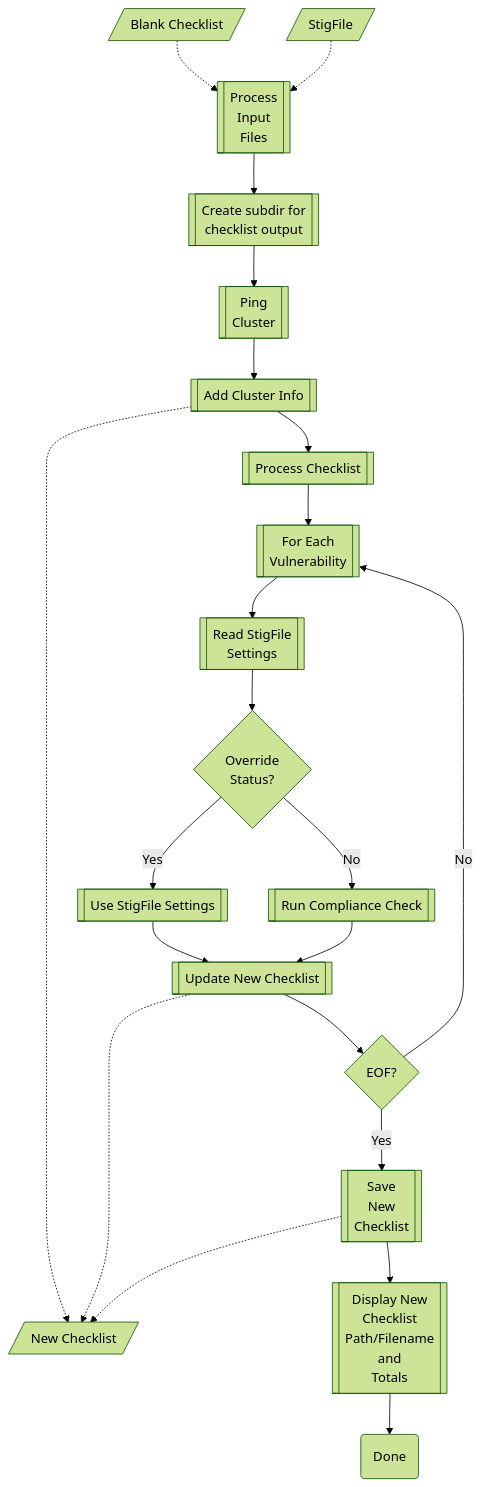
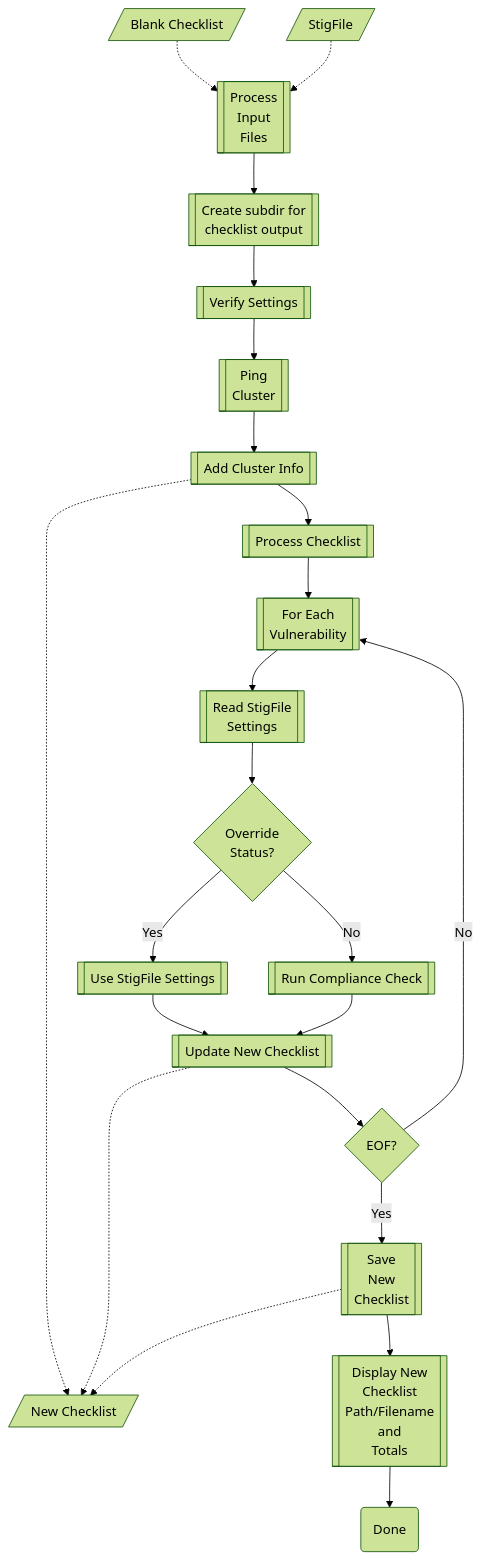
Before and after one commit to johncchampion/ontap_stig: the second of 2 diagrams in README.md, drawn with Mermaid (forest theme). The commit also changed other lines of this file, not shown here.

Commit message:
Updated workflow and flowchart for stig.ps1

````diff
--- a/README.md
+++ b/README.md
@@ -147,36 +148,37 @@
 ```mermaid
 
 flowchart TB
 V0[/Blank Checklist/]
 V1[/StigFile/]
 V2[/New Checklist/]
 T1[[Process<br>Input<br>Files]]
 T3[[Create subdir for<br>checklist output]]
+T31[[Verify Settings]]
 T4[[Ping<br>Cluster]]
 T5[[Add Cluster Info]]
 T55[[Process Checklist]]
 T6[[For Each<br>Vulnerability]]
 T7[[Read StigFile<br>Settings]]
 D1{Override<br>Status?}
 T8[[Use StigFile Settings]]
 T9[[Run Compliance Check]]
 T10[[Update New Checklist]]
 D2{EOF?}
 T11[[Save<br>New<br>Checklist]]
 T12[[Display New<br>Checklist<br>Path/Filename<br>and<br>Totals]]
 T99(Done)
 V0 -.-> T1
 V1 -.-> T1
-T1 --> T3 --> T4 --> T5 --> T55 --> T6 
+T1 --> T3 --> T31 --> T4 --> T5 --> T55 --> T6 
 T6 --> T7 --> D1
 D1 --> |Yes| T8 --> T10
 D1 --> |No| T9 --> T10
 T5 -.-> V2
 T10 -.-> V2
 T10 --> D2
 D2 --> |No| T6
 D2 --> |Yes| T11
 T11 --> T12 --> T99
 T11 -.-> V2
 
 ```
````
